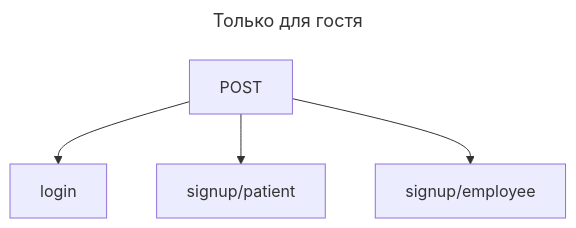
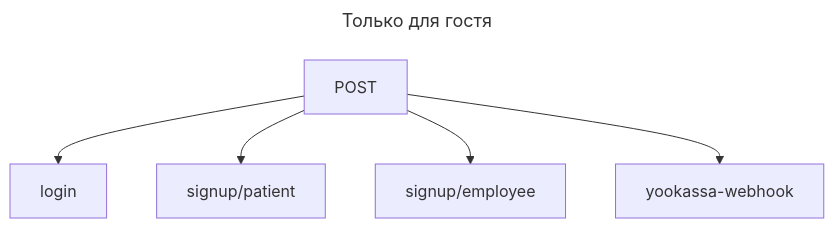
One commit to TheWitcher1991/hospital-next-js-django changed the first of 2 diagrams in backend/docs/shared.api.md. Above: the diagram before and after it, drawn with Mermaid. The commit also changed 33 other files, not shown here.

````diff
--- a/backend/docs/shared.api.md
+++ b/backend/docs/shared.api.md
@@ -3,9 +3,10 @@
 ```mermaid
 ---
 title: Только для гостя
 ---
 flowchart TD
     POST --> login
     POST --> signup/patient
     POST --> signup/employee
+    POST --> yookassa-webhook
 ```
````
